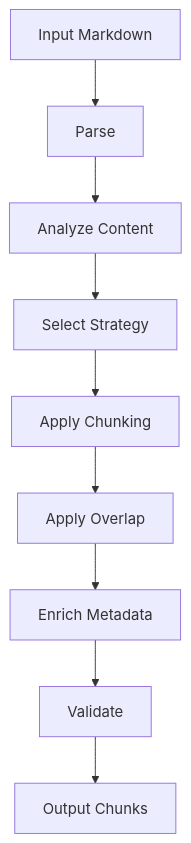
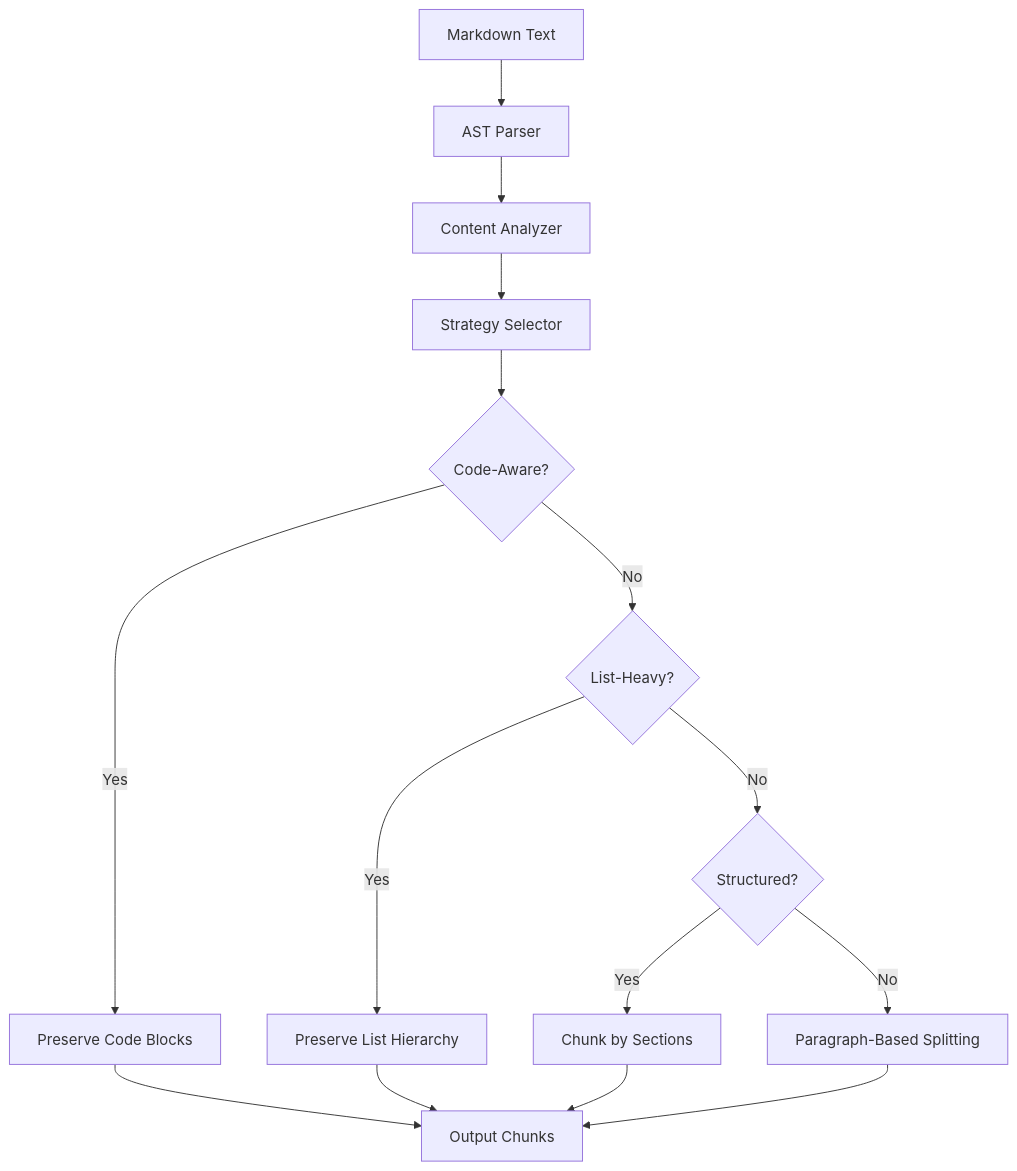
Before and after one commit to asukhodko/dify-markdown-chunker: the diagram in .qoder/repowiki/en/content/Project Overview.md, drawn with Mermaid. The commit also changed other lines of this file and 157 other files, not shown here.

````diff
--- a/.qoder/repowiki/en/content/Project Overview.md
+++ b/.qoder/repowiki/en/content/Project Overview.md
@@ -59,11 +70,17 @@
 ```mermaid
-flowchart TD
-A[Input Markdown] --> B[Parse]
-B --> C[Analyze Content]
-C --> D[Select Strategy]
-D --> E[Apply Chunking]
-E --> F[Apply Overlap]
-F --> G[Enrich Metadata]
-G --> H[Validate]
-H --> I[Output Chunks]
+graph TB
+A[Markdown Text] --> B[AST Parser]
+B --> C[Content Analyzer]
+C --> D[Strategy Selector]
+D --> E{Code-Aware?}
+E --> |Yes| F[Preserve Code Blocks]
+E --> |No| G{List-Heavy?}
+G --> |Yes| H[Preserve List Hierarchy]
+G --> |No| I{Structured?}
+I --> |Yes| J[Chunk by Sections]
+I --> |No| K[Paragraph-Based Splitting]
+F --> L[Output Chunks]
+H --> L
+J --> L
+K --> L
 ```
````
